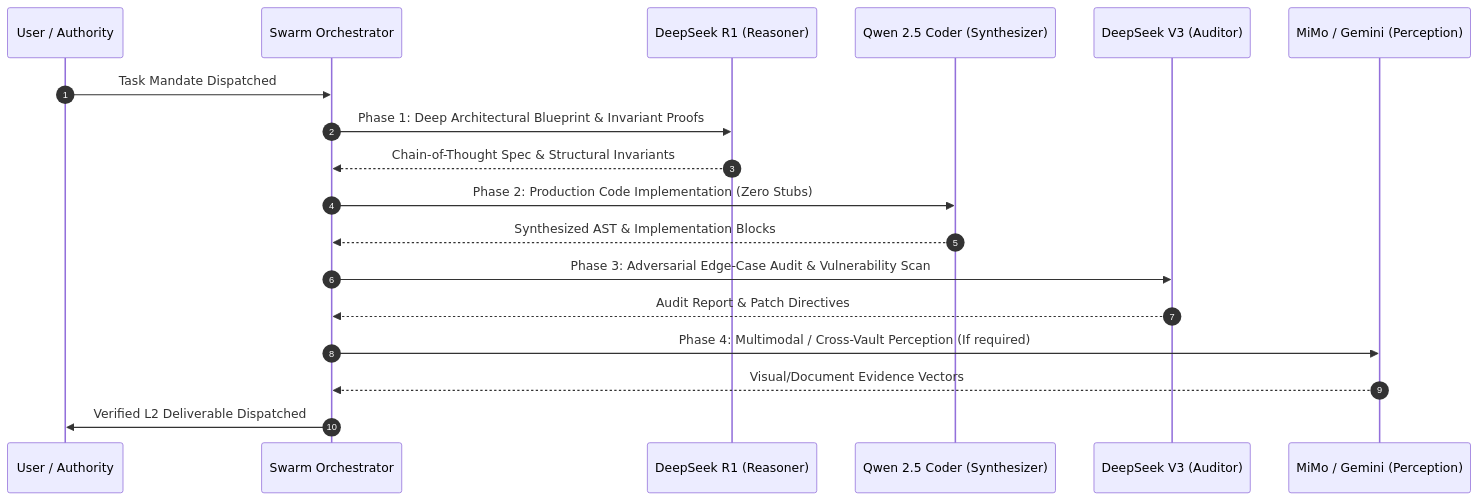
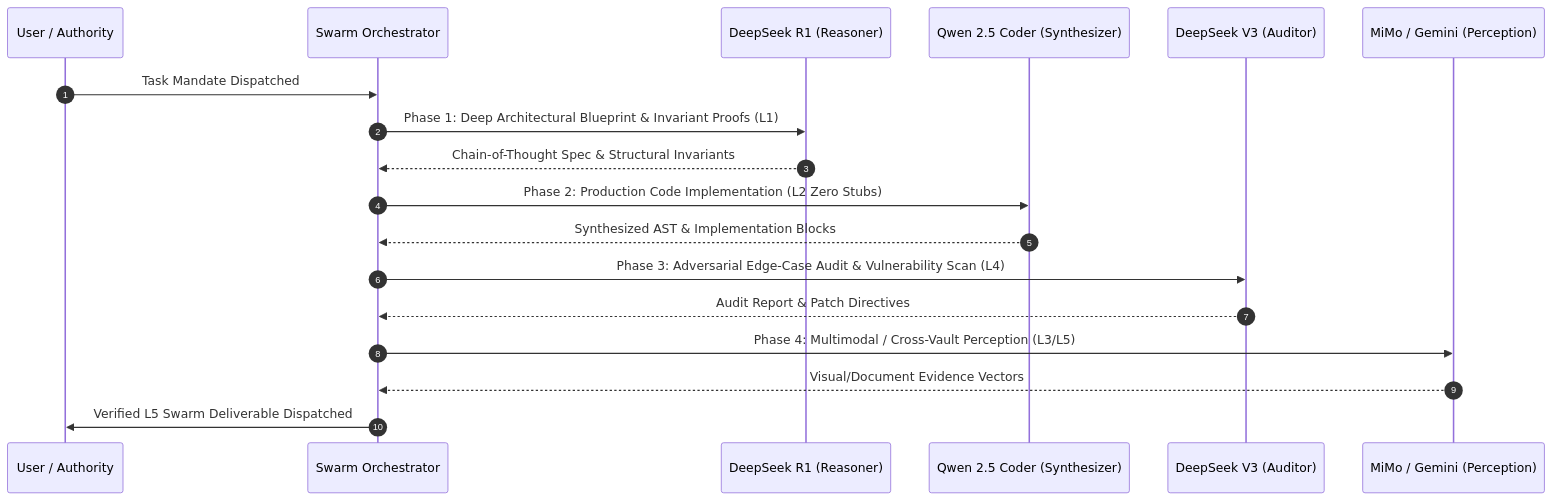
The third of 3 diagrams in AGENTS.md (GlacierEQ/apex-core), drawn with Mermaid before and after one commit. The commit also changed other lines of this file and 2 other files, not shown here.

Commit message:
feat(holographic-mesh): establish Omniversal Holographic Mesh standard, eliminate canonical hierarchy, and pass 100% 38-point foundation audit

````diff
--- a/AGENTS.md
+++ b/AGENTS.md
@@ -108,21 +164,21 @@
 ```mermaid
 sequenceDiagram
     autonumber
     participant U as User / Authority
     participant O as Swarm Orchestrator
     participant R1 as DeepSeek R1 (Reasoner)
     participant QW as Qwen 2.5 Coder (Synthesizer)
     participant V3 as DeepSeek V3 (Auditor)
     participant MM as MiMo / Gemini (Perception)
 
     U->>O: Task Mandate Dispatched
-    O->>R1: Phase 1: Deep Architectural Blueprint & Invariant Proofs
+    O->>R1: Phase 1: Deep Architectural Blueprint & Invariant Proofs (L1)
     R1-->>O: Chain-of-Thought Spec & Structural Invariants
-    O->>QW: Phase 2: Production Code Implementation (Zero Stubs)
+    O->>QW: Phase 2: Production Code Implementation (L2 Zero Stubs)
     QW-->>O: Synthesized AST & Implementation Blocks
-    O->>V3: Phase 3: Adversarial Edge-Case Audit & Vulnerability Scan
+    O->>V3: Phase 3: Adversarial Edge-Case Audit & Vulnerability Scan (L4)
     V3-->>O: Audit Report & Patch Directives
-    O->>MM: Phase 4: Multimodal / Cross-Vault Perception (If required)
+    O->>MM: Phase 4: Multimodal / Cross-Vault Perception (L3/L5)
     MM-->>O: Visual/Document Evidence Vectors
-    O->>U: Verified L2 Deliverable Dispatched
+    O->>U: Verified L5 Swarm Deliverable Dispatched
 ```
````
